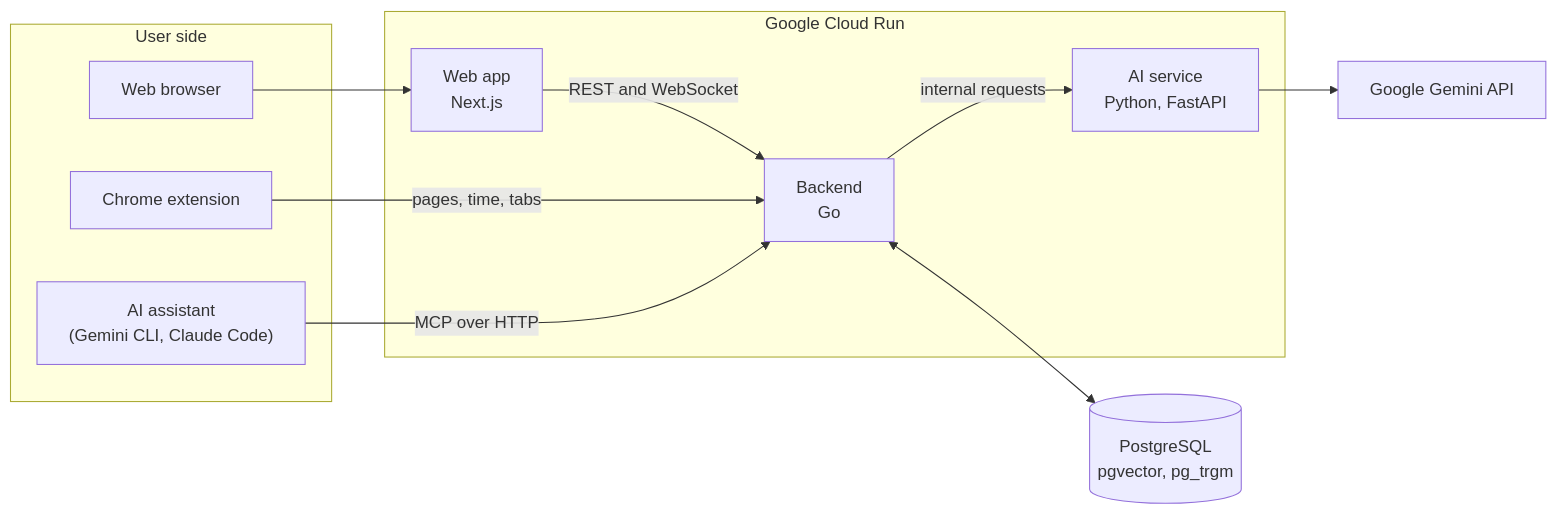
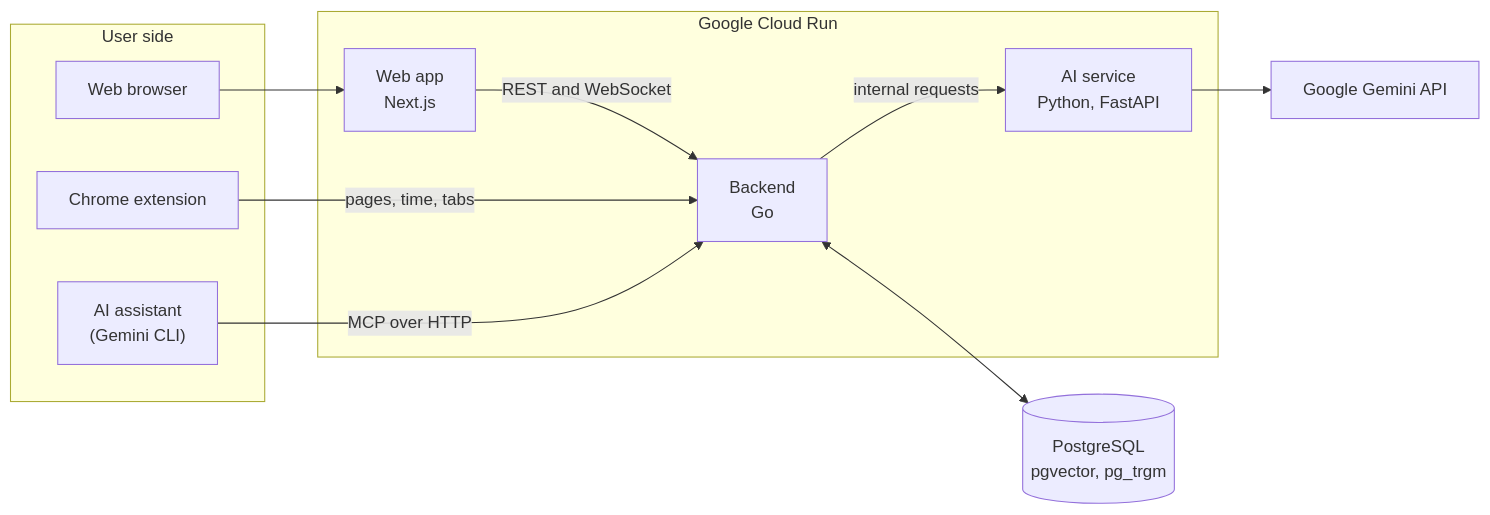
One commit to SakshiSPBhandari/Ingress changed the first of 2 diagrams in README.md. Above: the diagram before and after it, drawn with Mermaid. The commit also changed other lines of this file and 7 other files, not shown here.

````diff
--- a/README.md
+++ b/README.md
@@ -125,25 +125,25 @@
 ```mermaid
 flowchart LR
     subgraph Client["User side"]
         EXT["Chrome extension"]
         BROWSER["Web browser"]
-        ASSIST["AI assistant<br/>(Gemini CLI, Claude Code)"]
+        ASSIST["AI assistant<br/>(Gemini CLI)"]
     end
 
     subgraph GCP["Google Cloud Run"]
         WEB["Web app<br/>Next.js"]
         API["Backend<br/>Go"]
         AI["AI service<br/>Python, FastAPI"]
     end
 
     GEMINI["Google Gemini API"]
     DB[("PostgreSQL<br/>pgvector, pg_trgm")]
 
     BROWSER --> WEB
     WEB -->|REST and WebSocket| API
     EXT -->|pages, time, tabs| API
     ASSIST -->|MCP over HTTP| API
     API -->|internal requests| AI
     AI --> GEMINI
     API <--> DB
 ```
````
